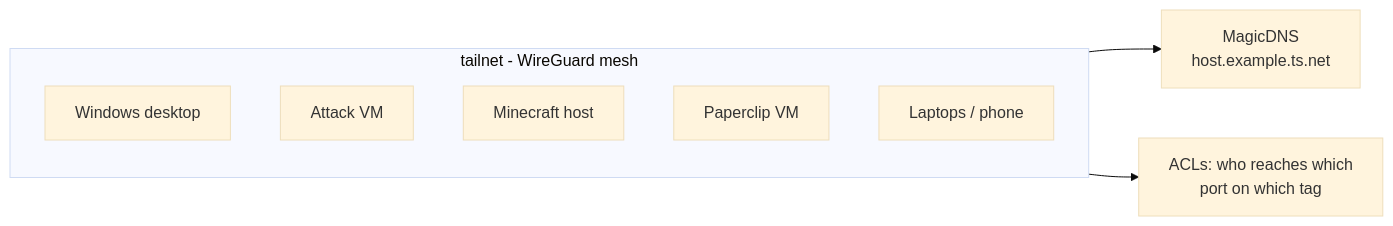
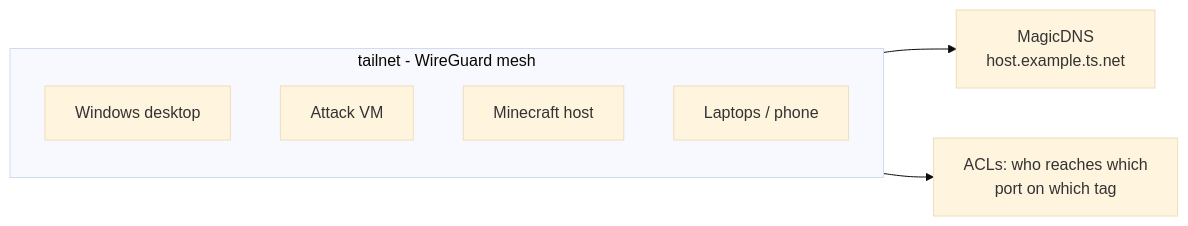
Before and after one commit to Dstanfield-Creator/network: the diagram in remote-access/tailscale-remote-access/README.md, drawn with Mermaid (base theme). The commit also changed other lines of this file and 1 other file, not shown here.

Commit message:
Remove Paperclip VM (decommissioned)

````diff
--- a/remote-access/tailscale-remote-access/README.md
+++ b/remote-access/tailscale-remote-access/README.md
@@ -17,12 +17,11 @@
 ```mermaid
 flowchart LR
   subgraph TN["tailnet - WireGuard mesh"]
     D["Windows desktop"]
     A["Attack VM"]
     M["Minecraft host"]
-    P["Paperclip VM"]
     L["Laptops / phone"]
   end
   TN --> DNS["MagicDNS<br/>host.example.ts.net"]
   TN --> ACL["ACLs: who reaches which<br/>port on which tag"]
 ```
````
